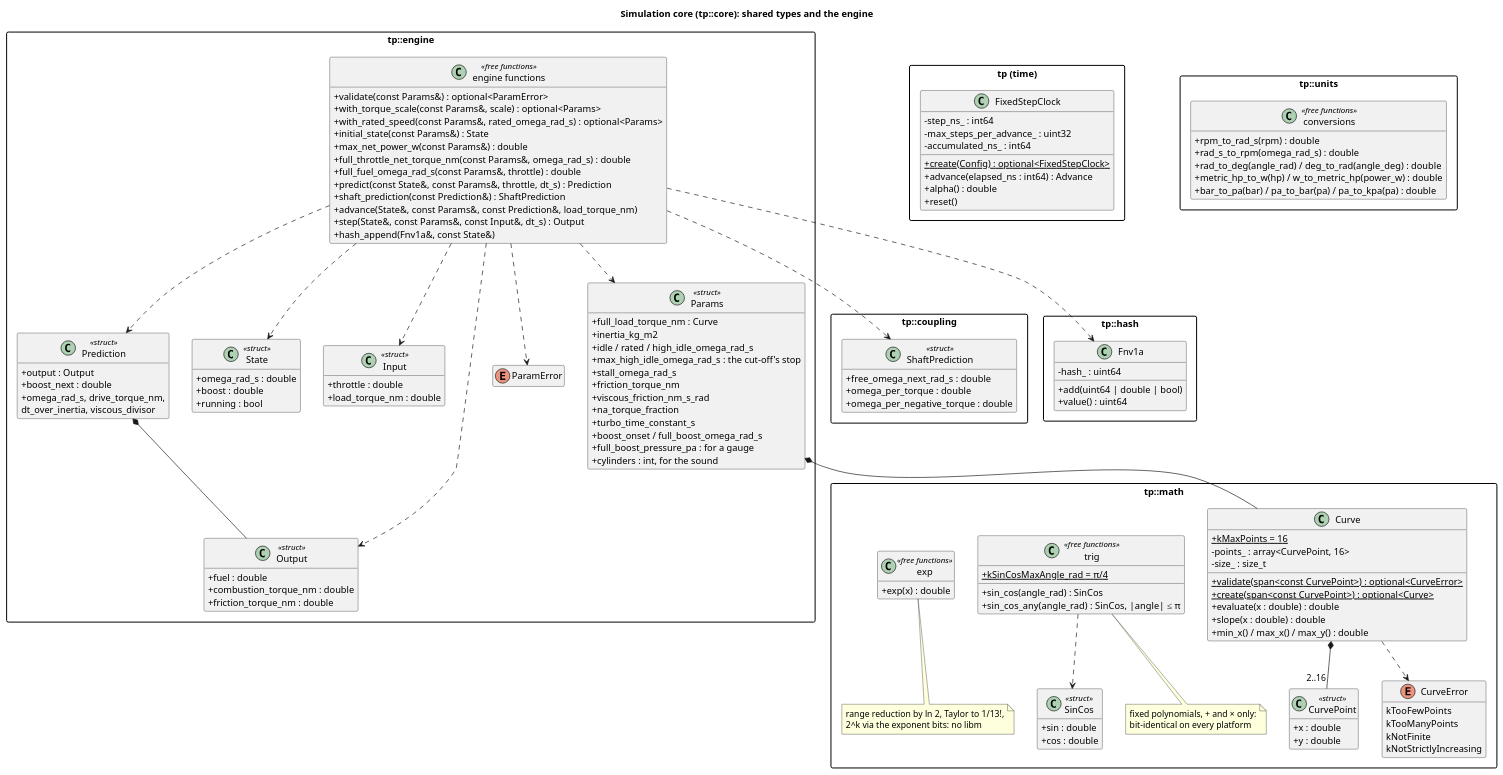
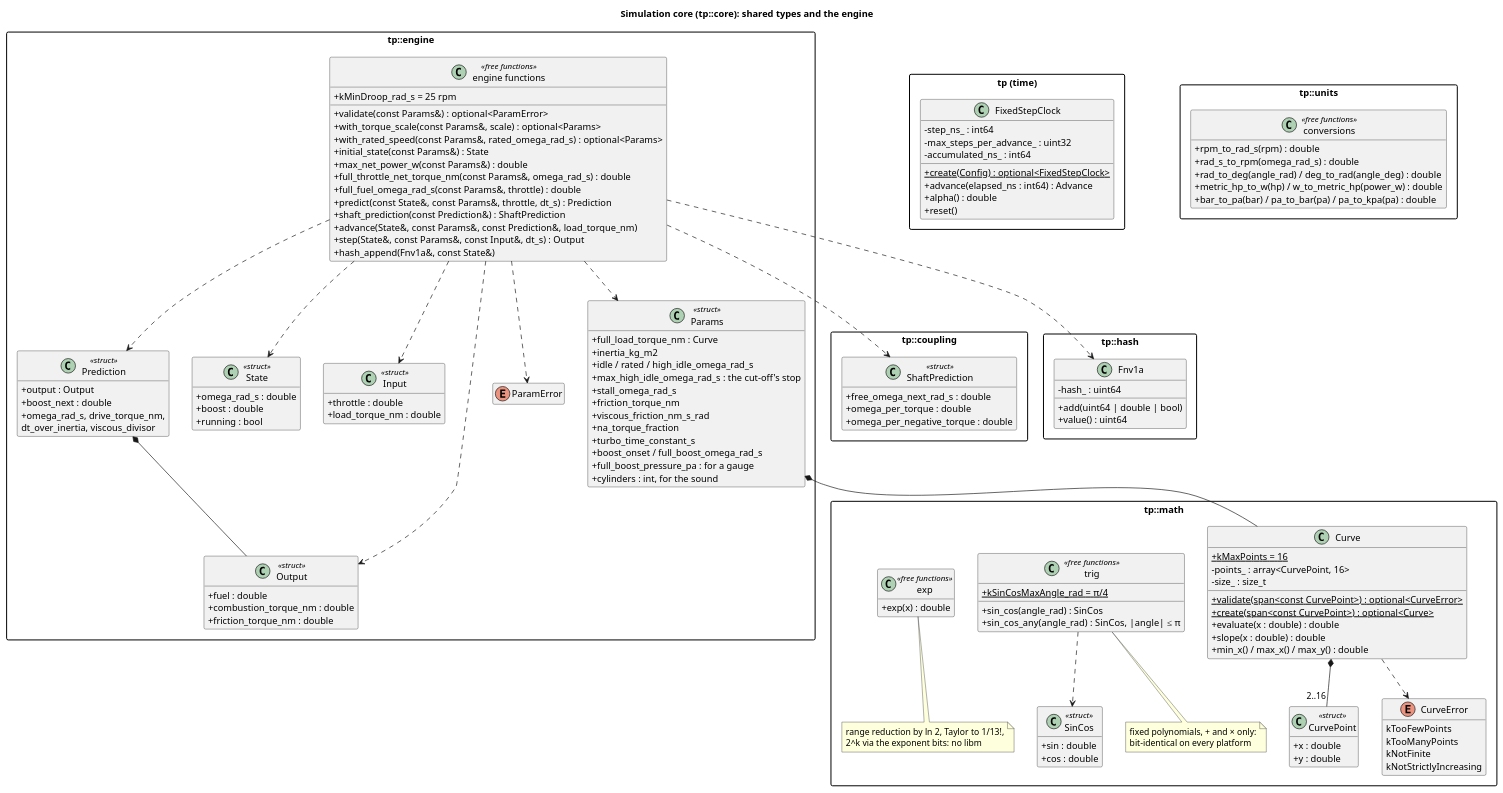
Before and after one commit to wversteeg/TractorPulling: the diagram in docs/diagrams/core_classes.puml, drawn with PlantUML. The commit also changed 8 other files, not shown here.

```diff
--- a/docs/diagrams/core_classes.puml
+++ b/docs/diagrams/core_classes.puml
@@ -1,155 +1,156 @@
 @startuml core_classes
 title Simulation core (tp::core): shared types and the engine
 hide empty members
 skinparam packageStyle rectangle
 skinparam classAttributeIconSize 0
 
   package "tp::coupling" {
     class ShaftPrediction <<struct>> {
       +free_omega_next_rad_s : double
       +omega_per_torque : double
       +omega_per_negative_torque : double
     }
   }
 
   package "tp::math" {
     class CurvePoint <<struct>> {
       +x : double
       +y : double
     }
     enum CurveError {
       kTooFewPoints
       kTooManyPoints
       kNotFinite
       kNotStrictlyIncreasing
     }
     class Curve {
       +{static} kMaxPoints = 16
       -points_ : array<CurvePoint, 16>
       -size_ : size_t
       +{static} validate(span<const CurvePoint>) : optional<CurveError>
       +{static} create(span<const CurvePoint>) : optional<Curve>
       +evaluate(x : double) : double
       +slope(x : double) : double
       +min_x() / max_x() / max_y() : double
     }
     Curve *-- "2..16" CurvePoint
     Curve ..> CurveError
     class SinCos <<struct>> {
       +sin : double
       +cos : double
     }
     class "trig" as Trig <<free functions>> {
       +{static} kSinCosMaxAngle_rad = π/4
       +sin_cos(angle_rad) : SinCos
       +sin_cos_any(angle_rad) : SinCos, |angle| ≤ π
     }
     Trig ..> SinCos
     note bottom of Trig
       fixed polynomials, + and × only:
       bit-identical on every platform
     end note
     class "exp" as Exp <<free functions>> {
       +exp(x) : double
     }
     note bottom of Exp
       range reduction by ln 2, Taylor to 1/13!,
       2^k via the exponent bits: no libm
     end note
   }
 
   package "tp::engine" {
     class Params <<struct>> {
       +full_load_torque_nm : Curve
       +inertia_kg_m2
       +idle / rated / high_idle_omega_rad_s
       +max_high_idle_omega_rad_s : the cut-off's stop
       +stall_omega_rad_s
       +friction_torque_nm
       +viscous_friction_nm_s_rad
       +na_torque_fraction
       +turbo_time_constant_s
       +boost_onset / full_boost_omega_rad_s
       +full_boost_pressure_pa : for a gauge
       +cylinders : int, for the sound
     }
     class State <<struct>> {
       +omega_rad_s : double
       +boost : double
       +running : bool
     }
     class Input <<struct>> {
       +throttle : double
       +load_torque_nm : double
     }
     class Output <<struct>> {
       +fuel : double
       +combustion_torque_nm : double
       +friction_torque_nm : double
     }
     enum ParamError
     class Prediction <<struct>> {
       +output : Output
       +boost_next : double
       +omega_rad_s, drive_torque_nm,
        dt_over_inertia, viscous_divisor
     }
     class "engine functions" as EngineFns <<free functions>> {
+      +kMinDroop_rad_s = 25 rpm
       +validate(const Params&) : optional<ParamError>
       +with_torque_scale(const Params&, scale) : optional<Params>
       +with_rated_speed(const Params&, rated_omega_rad_s) : optional<Params>
       +initial_state(const Params&) : State
       +max_net_power_w(const Params&) : double
       +full_throttle_net_torque_nm(const Params&, omega_rad_s) : double
       +full_fuel_omega_rad_s(const Params&, throttle) : double
       +predict(const State&, const Params&, throttle, dt_s) : Prediction
       +shaft_prediction(const Prediction&) : ShaftPrediction
       +advance(State&, const Params&, const Prediction&, load_torque_nm)
       +step(State&, const Params&, const Input&, dt_s) : Output
       +hash_append(Fnv1a&, const State&)
     }
     Prediction *-- Output
     EngineFns ..> Prediction
     Params *-- Curve
     EngineFns ..> Params
     EngineFns ..> State
     EngineFns ..> Input
     EngineFns ..> Output
     EngineFns ..> ParamError
   }
 
 
   EngineFns ..> ShaftPrediction
 
   package "tp::hash" {
     class Fnv1a {
       -hash_ : uint64
       +add(uint64 | double | bool)
       +value() : uint64
     }
   }
   EngineFns ..> Fnv1a
 
   package "tp (time)" {
     class FixedStepClock {
       -step_ns_ : int64
       -max_steps_per_advance_ : uint32
       -accumulated_ns_ : int64
       +{static} create(Config) : optional<FixedStepClock>
       +advance(elapsed_ns : int64) : Advance
       +alpha() : double
       +reset()
     }
   }
 
   package "tp::units" {
     class "conversions" as Units <<free functions>> {
       +rpm_to_rad_s(rpm) : double
       +rad_s_to_rpm(omega_rad_s) : double
       +rad_to_deg(angle_rad) / deg_to_rad(angle_deg) : double
       +metric_hp_to_w(hp) / w_to_metric_hp(power_w) : double
       +bar_to_pa(bar) / pa_to_bar(pa) / pa_to_kpa(pa) : double
     }
   }
 
 @enduml
```
